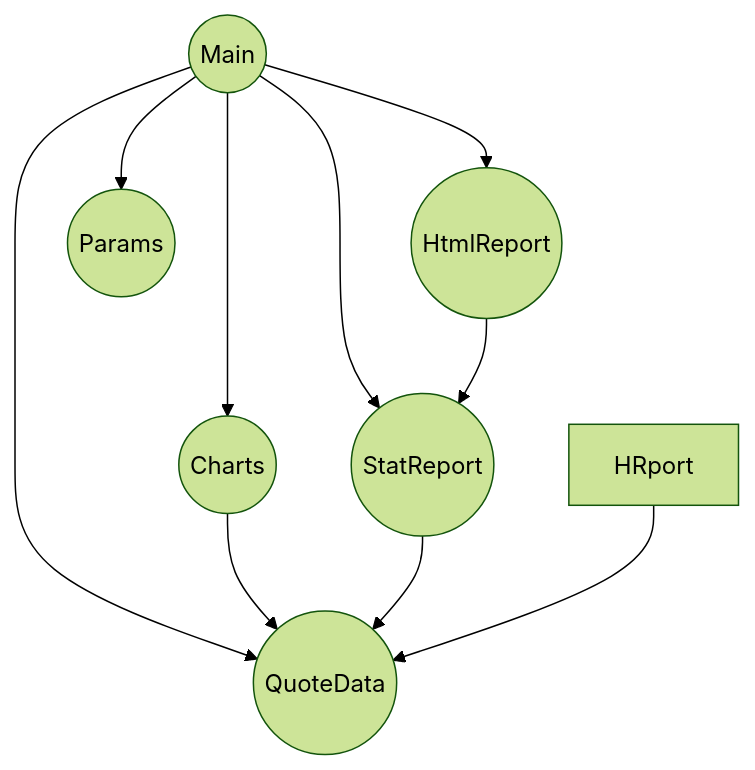
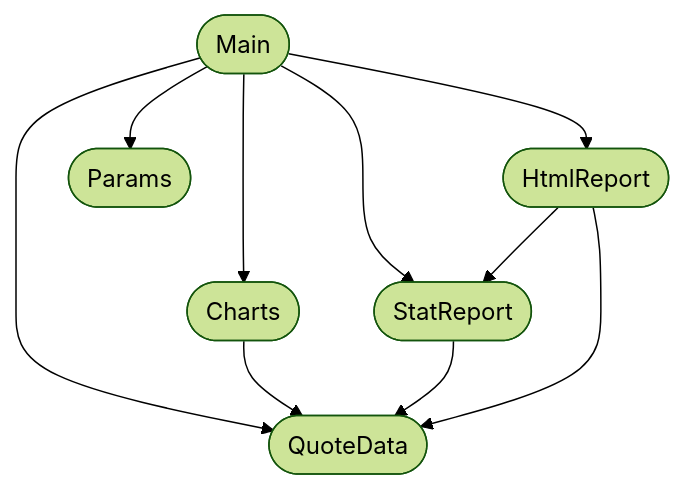
The second of 2 diagrams in haskell-in-depth/ch03/ch3.md (wolfangy/haskell), drawn with Mermaid (forest theme) before and after one commit.

````diff
--- a/haskell-in-depth/ch03/ch3.md
+++ b/haskell-in-depth/ch03/ch3.md
@@ -38,12 +38,12 @@
 ```mermaid
 graph TD;
-    Main((Main)) --> Data((QuoteData))
-    Main --> Chars((Charts))
-    Main --> SReport((StatReport))
-    Main --> HReport((HtmlReport))
-    Main --> Params((Params))
+    Main([Main]) --> Data([QuoteData])
+    Main --> Chars([Charts])
+    Main --> SReport([StatReport])
+    Main --> HReport([HtmlReport])
+    Main --> Params([Params])
     Chars --> Data
     SReport --> Data
     HReport --> SReport
-    HRport --> Data
+    HReport --> Data
 ```
````
